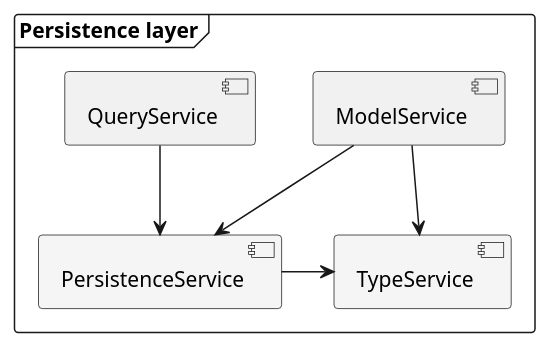
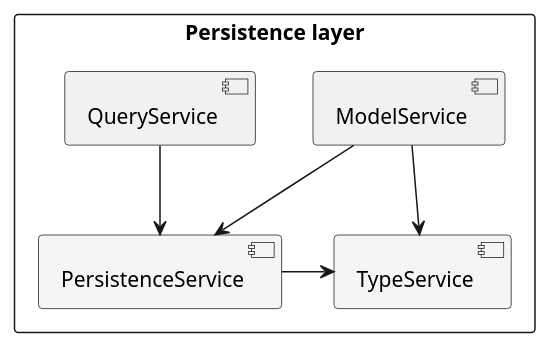
The diagram in docs/diagrams/persistence_layer.plantuml (spot-next/core-next), drawn with PlantUML before and after one commit. The commit also changed 10 other files, not shown here.

```diff
--- a/docs/diagrams/persistence_layer.plantuml
+++ b/docs/diagrams/persistence_layer.plantuml
@@ -1,23 +1,23 @@
 @startuml Persistence layer
 
-frame "Persistence layer" as PersLayer {
+rectangle "Persistence layer" as PersLayer {
 	component QueryService [
 		QueryService
 	]
 	component ModelService [
 		ModelService
 	]
 	component PersistenceService #WhiteSmoke [
 		PersistenceService
 	]
 	component TypeService #WhiteSmoke [
 		TypeService
 	]
 
 	QueryService --> PersistenceService
 	ModelService --> PersistenceService
 	ModelService --> TypeService
 	PersistenceService -> TypeService
 }
 
 @enduml
```
